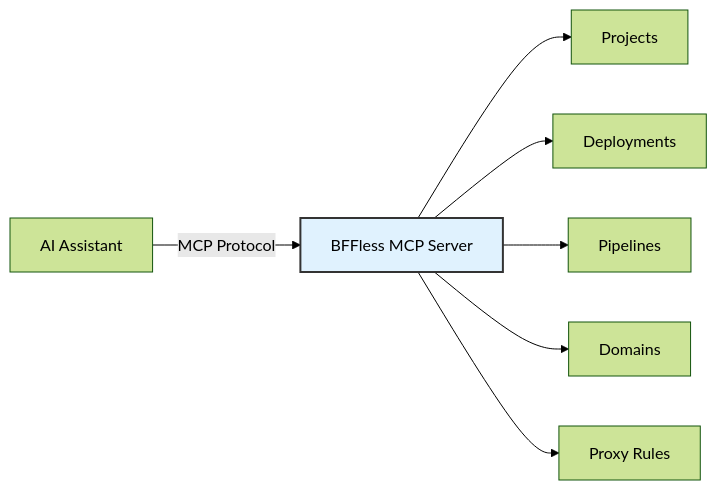
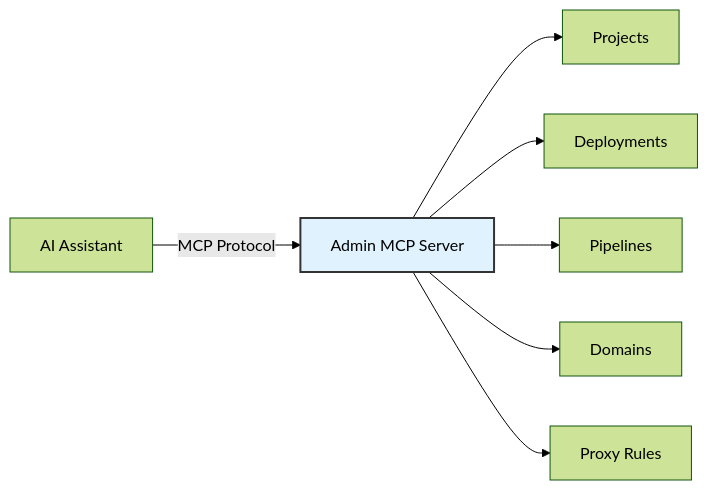
The diagram in docs/features/mcp-server.md (bffless/docs), drawn with Mermaid (forest theme) before and after one commit. The commit also changed other lines of this file and 6 other files, not shown here.

````diff
--- a/docs/features/mcp-server.md
+++ b/docs/features/mcp-server.md
@@ -15,11 +19,11 @@
 ```mermaid
 flowchart LR
-    A[AI Assistant] -->|MCP Protocol| B[BFFless MCP Server]
+    A[AI Assistant] -->|MCP Protocol| B[Admin MCP Server]
     B --> C[Projects]
     B --> D[Deployments]
     B --> E[Pipelines]
     B --> F[Domains]
     B --> G[Proxy Rules]
 
     style B fill:#e0f2fe,stroke:#333,stroke-width:2px
 ```
````
